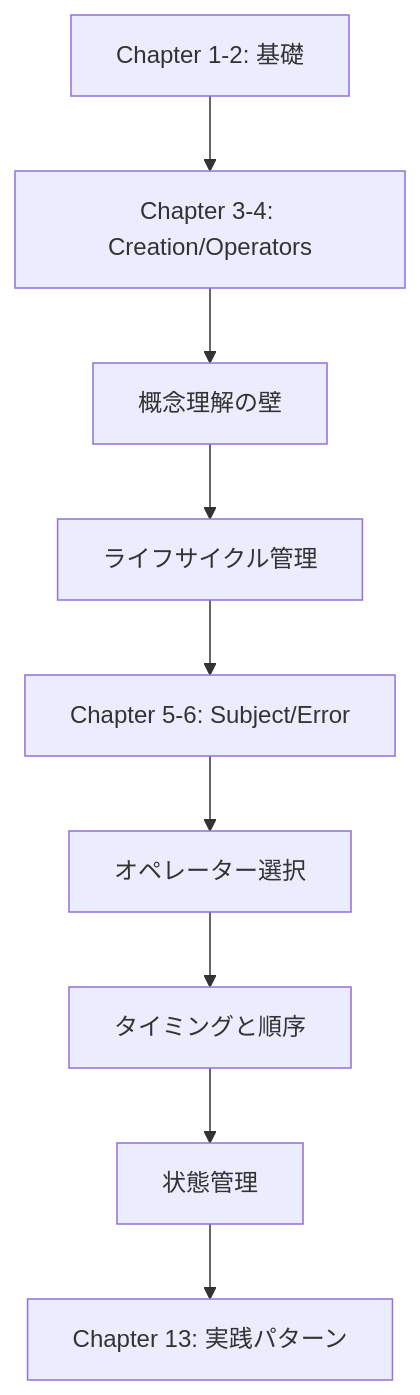
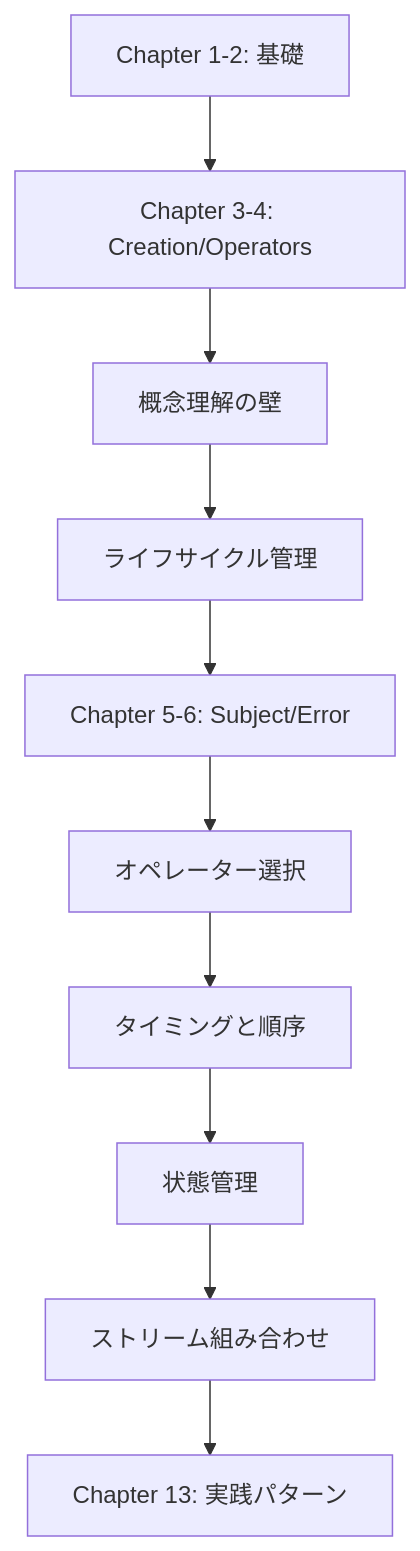
Before and after one commit to shuji-bonji/RxJS-with-TypeScript: the first of 3 diagrams in docs/guide/overcoming-difficulties/index.md, drawn with Mermaid. The commit also changed other lines of this file and 4 other files, not shown here.

````diff
--- a/docs/guide/overcoming-difficulties/index.md
+++ b/docs/guide/overcoming-difficulties/index.md
@@ -112,11 +113,12 @@
 ```mermaid
 graph TD
     A[Chapter 1-2: 基礎] --> B[Chapter 3-4: Creation/Operators]
     B --> C[概念理解の壁]
     C --> D[ライフサイクル管理]
     D --> E[Chapter 5-6: Subject/Error]
     E --> F[オペレーター選択]
     F --> G[タイミングと順序]
     G --> H[状態管理]
-    H --> I[Chapter 13: 実践パターン]
+    H --> I[ストリーム組み合わせ]
+    I --> J[Chapter 13: 実践パターン]
 ```
````
